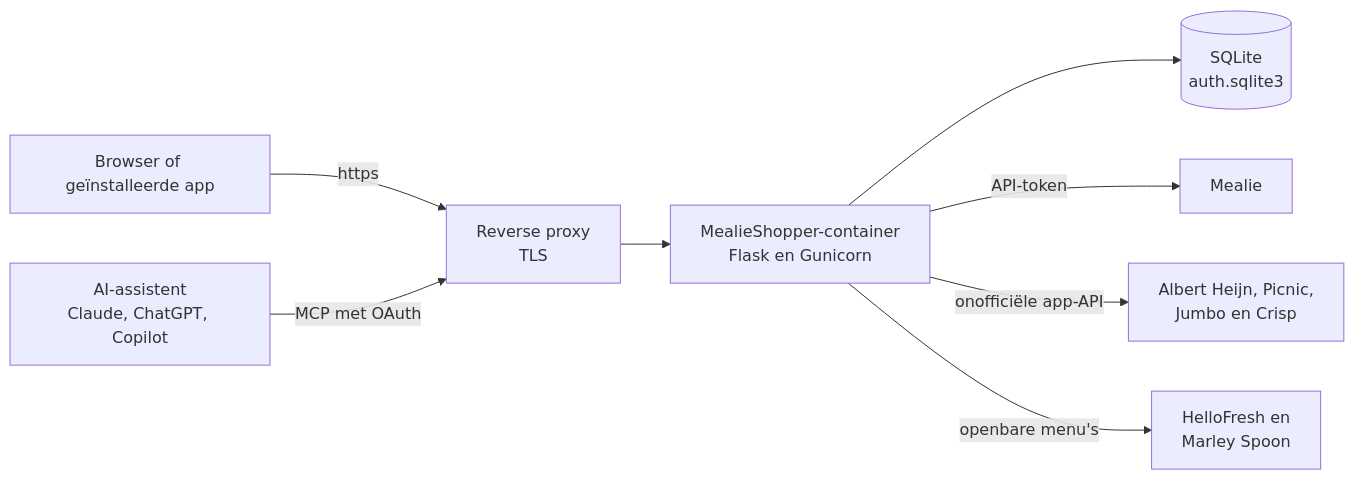
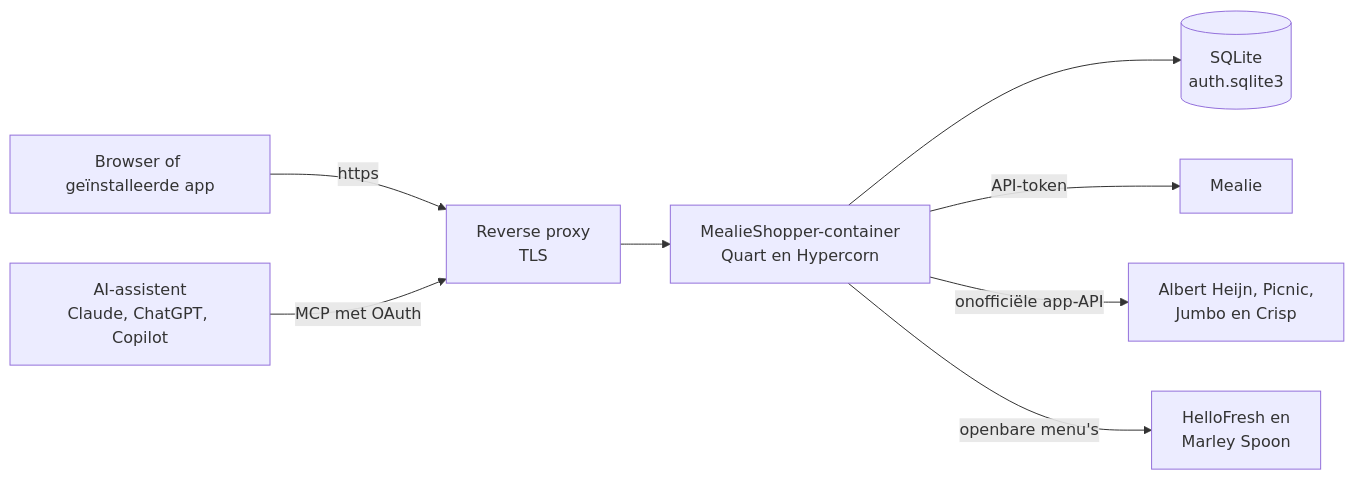
One commit to helmerzNL/MealieShopper changed the diagram in README.md. Above: the diagram before and after it, drawn with Mermaid. The commit also changed other lines of this file and 17 other files, not shown here.

Commit message:
Asyncio: hypercorn in de container, fabrieksreset herstart via het herstartbeleid

````diff
--- a/README.md
+++ b/README.md
@@ -227,10 +227,10 @@
 ```mermaid
 flowchart LR
     A[Browser of geïnstalleerde app] -->|https| P[Reverse proxy<br/>TLS]
     AI[AI-assistent<br/>Claude, ChatGPT, Copilot] -->|MCP met OAuth| P
-    P --> B[MealieShopper-container<br/>Flask en Gunicorn]
+    P --> B[MealieShopper-container<br/>Quart en Hypercorn]
     B --> D[(SQLite<br/>auth.sqlite3)]
     B -->|API-token| M[Mealie]
     B -->|onofficiële app-API| S[Albert Heijn, Picnic,<br/>Jumbo en Crisp]
     B -->|openbare menu's| K[HelloFresh en<br/>Marley Spoon]
 ```
````
